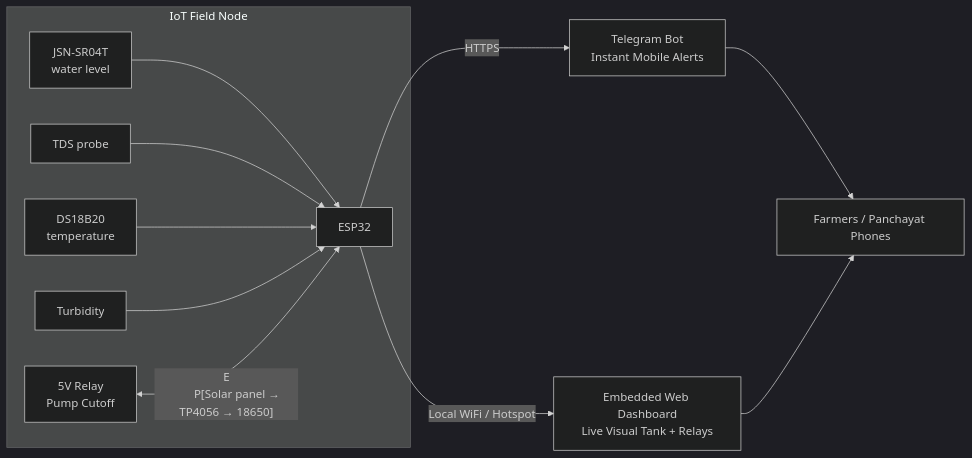
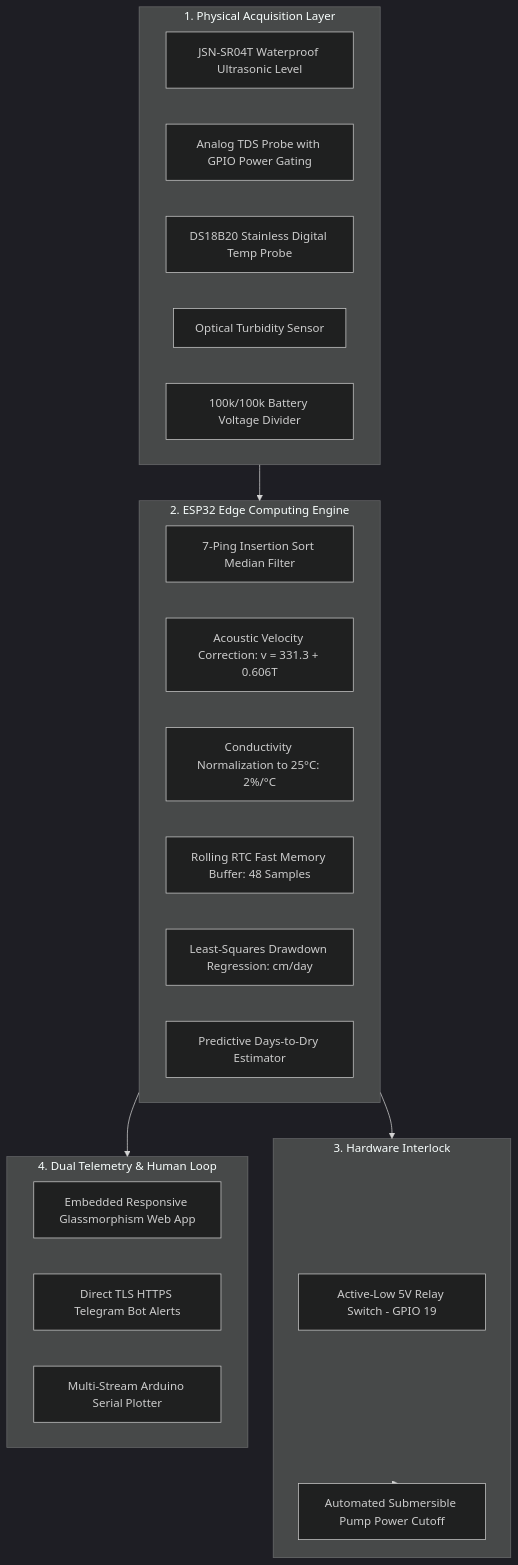
One commit to Neo-Venom/UndergroundWaterManagment changed the diagram in README.md. Above: the diagram before and after it, drawn with Mermaid (dark theme). The commit also changed other lines of this file and 19 other files, not shown here.

````diff
--- a/README.md
+++ b/README.md
@@ -43,15 +92,35 @@
 ```mermaid
-flowchart LR
-    subgraph Node["IoT Field Node"]
-        S1[JSN-SR04T<br/>water level] --> E[ESP32]
-        S2[TDS probe] --> E
-        S3[DS18B20<br/>temperature] --> E
-        S4[Turbidity] --> E
-        R[5V Relay<br/>Pump Cutoff] <-- E
-        P[Solar panel → TP4056 → 18650] --> E
+flowchart TD
+    subgraph SENSORS["1. Physical Acquisition Layer"]
+        A[JSN-SR04T Waterproof Ultrasonic Level]
+        B[Analog TDS Probe with GPIO Power Gating]
+        C[DS18B20 Stainless Digital Temp Probe]
+        D[Optical Turbidity Sensor]
+        E[100k/100k Battery Voltage Divider]
     end
-    E -- "Local WiFi / Hotspot" --> W[Embedded Web Dashboard<br/>Live Visual Tank + Relays]
-    E -- "HTTPS" --> T[Telegram Bot<br/>Instant Mobile Alerts]
-    T --> U[Farmers / Panchayat Phones]
-    W --> U
+
+    subgraph EDGE["2. ESP32 Edge Computing Engine"]
+        F[7-Ping Insertion Sort Median Filter]
+        G[Acoustic Velocity Correction: v = 331.3 + 0.606T]
+        H[Conductivity Normalization to 25°C: 2%/°C]
+        I[Rolling RTC Fast Memory Buffer: 48 Samples]
+        J[Least-Squares Drawdown Regression: cm/day]
+        K[Predictive Days-to-Dry Estimator]
+    end
+
+    subgraph INTERLOCK["3. Hardware Interlock"]
+        L[Active-Low 5V Relay Switch - GPIO 19]
+        M[Automated Submersible Pump Power Cutoff]
+    end
+
+    subgraph TELEMETRY["4. Dual Telemetry & Human Loop"]
+        N[Embedded Responsive Glassmorphism Web App]
+        O[Direct TLS HTTPS Telegram Bot Alerts]
+        P[Multi-Stream Arduino Serial Plotter]
+    end
+
+    SENSORS --> EDGE
+    EDGE --> INTERLOCK
+    INTERLOCK --> M
+    EDGE --> TELEMETRY
 ```
````
